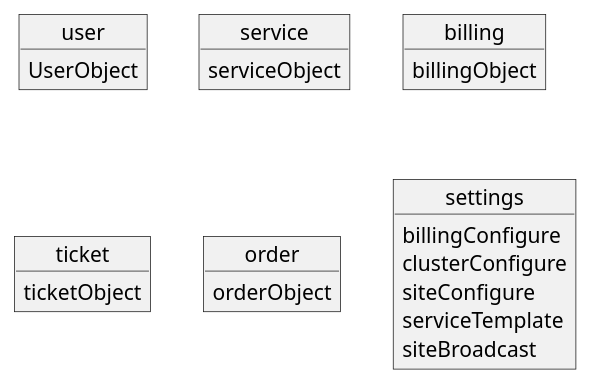
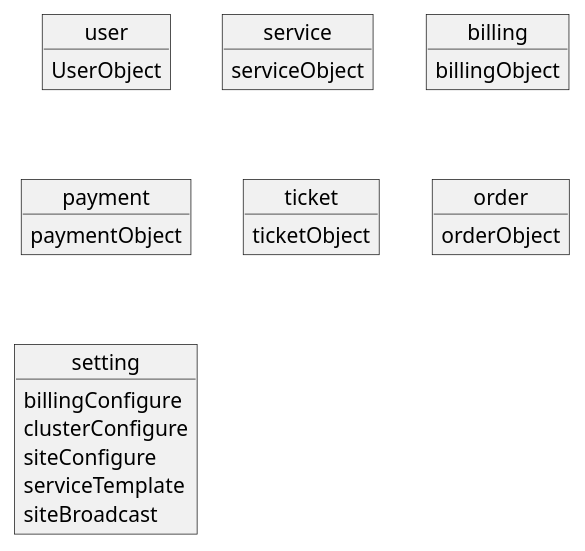
Before and after one commit to CaliNetwork/TransData: the second of 3 diagrams in documents/README.adoc, drawn with PlantUML. The commit also changed 1 other file, not shown here.

Commit message:
Update document

```diff
--- a/documents/README.adoc
+++ b/documents/README.adoc
@@ -81,27 +81,30 @@
 [plantuml]
 ....
 @startuml
 object user {
     UserObject
 }
 object service {
     serviceObject
 }
 object billing {
     billingObject
 }
+object payment {
+    paymentObject
+}
 object ticket {
     ticketObject
 }
 object order {
     orderObject
 }
-object settings {
+object setting {
     billingConfigure
     clusterConfigure
     siteConfigure
     serviceTemplate
     siteBroadcast
 }
 @enduml
 ....
```
